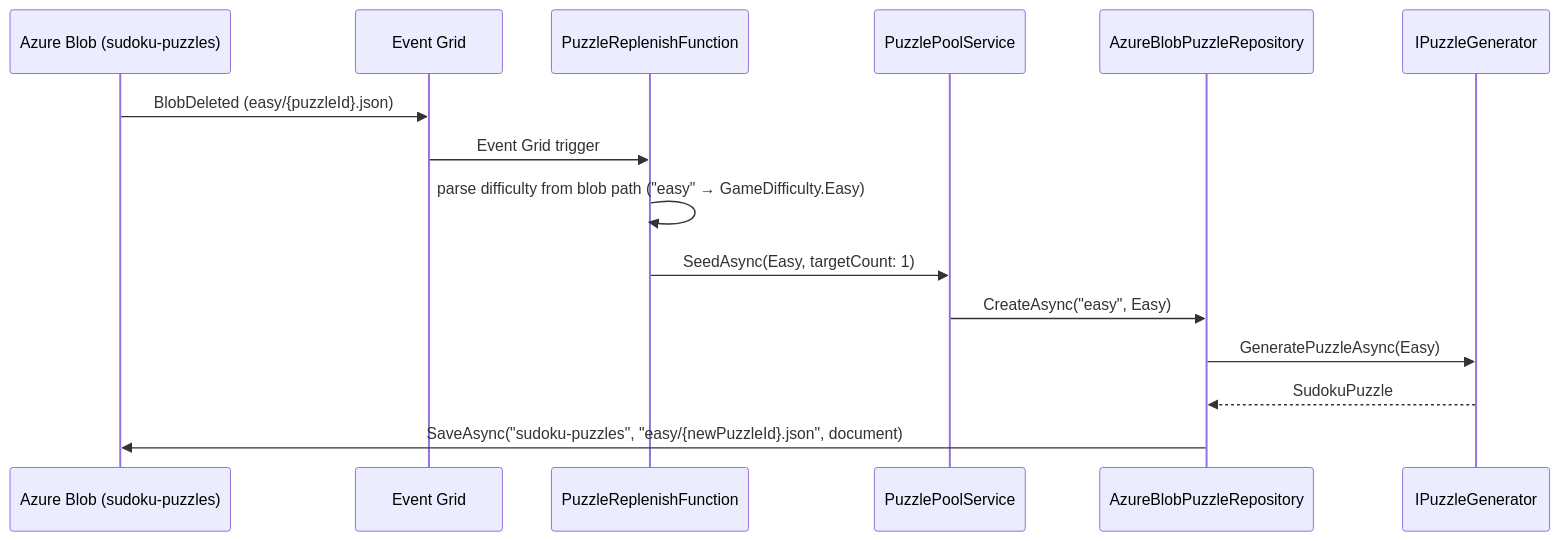
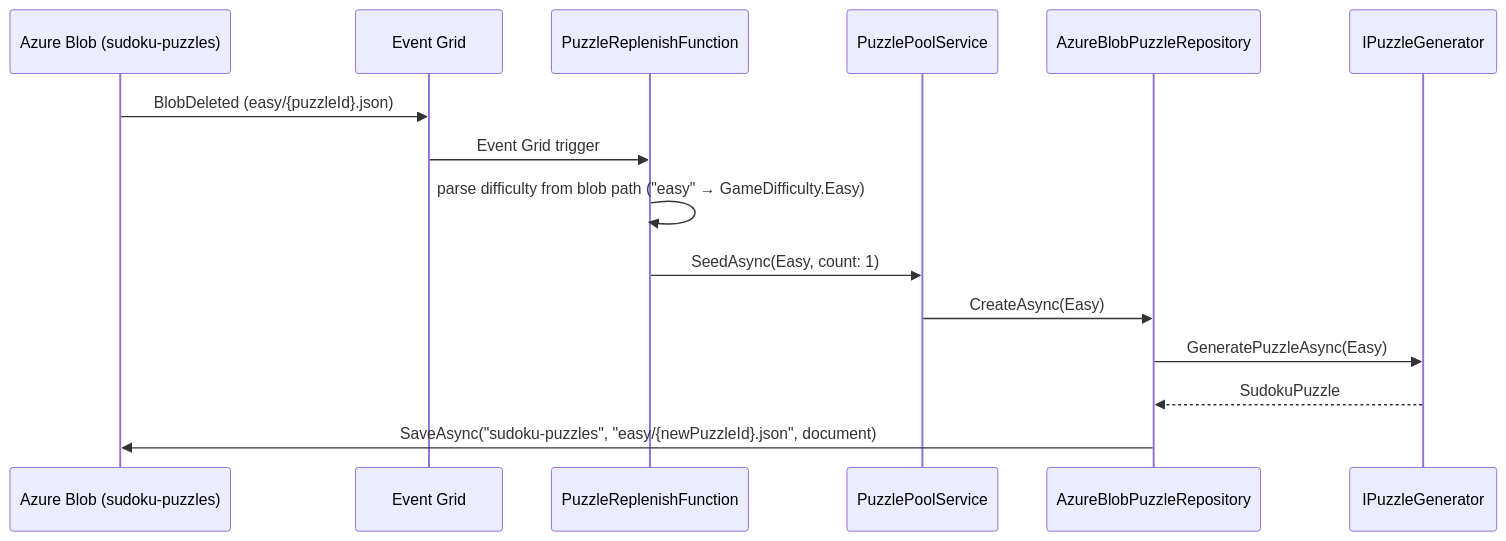
The third of 4 diagrams in docs/specs/spec-puzzle-pool.md (xenobiasoft/sudoku), drawn with Mermaid before and after one commit. The commit also changed other lines of this file, not shown here.

First line of the commit message:
Address PR review comments on puzzle pool spec

````diff
--- a/docs/specs/spec-puzzle-pool.md
+++ b/docs/specs/spec-puzzle-pool.md
@@ -113,18 +113,18 @@
 ```mermaid
 sequenceDiagram
     participant Blob as Azure Blob (sudoku-puzzles)
     participant EG as Event Grid
     participant Fn as PuzzleReplenishFunction
     participant PoolSvc as PuzzlePoolService
     participant Repo as AzureBlobPuzzleRepository
     participant Gen as IPuzzleGenerator
 
     Blob->>EG: BlobDeleted (easy/{puzzleId}.json)
     EG->>Fn: Event Grid trigger
     Fn->>Fn: parse difficulty from blob path ("easy" → GameDifficulty.Easy)
-    Fn->>PoolSvc: SeedAsync(Easy, targetCount: 1)
-    PoolSvc->>Repo: CreateAsync("easy", Easy)
+    Fn->>PoolSvc: SeedAsync(Easy, count: 1)
+    PoolSvc->>Repo: CreateAsync(Easy)
     Repo->>Gen: GeneratePuzzleAsync(Easy)
     Gen-->>Repo: SudokuPuzzle
     Repo->>Blob: SaveAsync("sudoku-puzzles", "easy/{newPuzzleId}.json", document)
 ```
````
